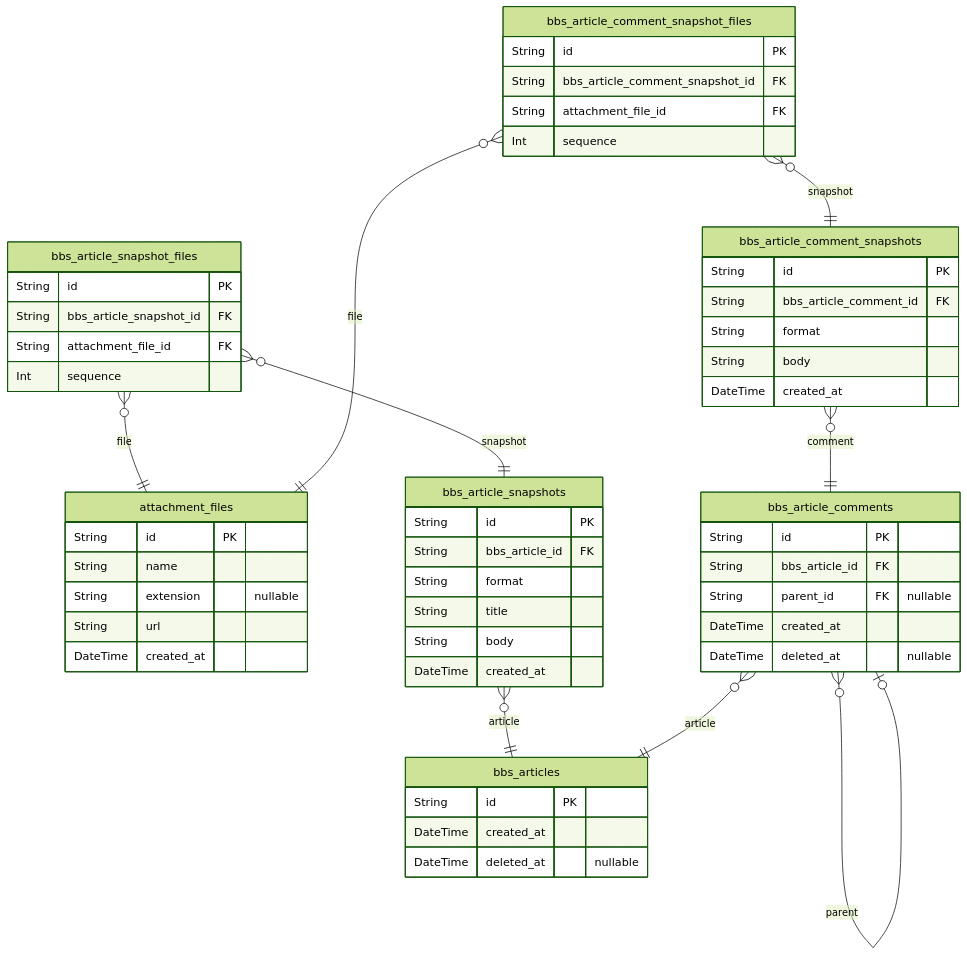
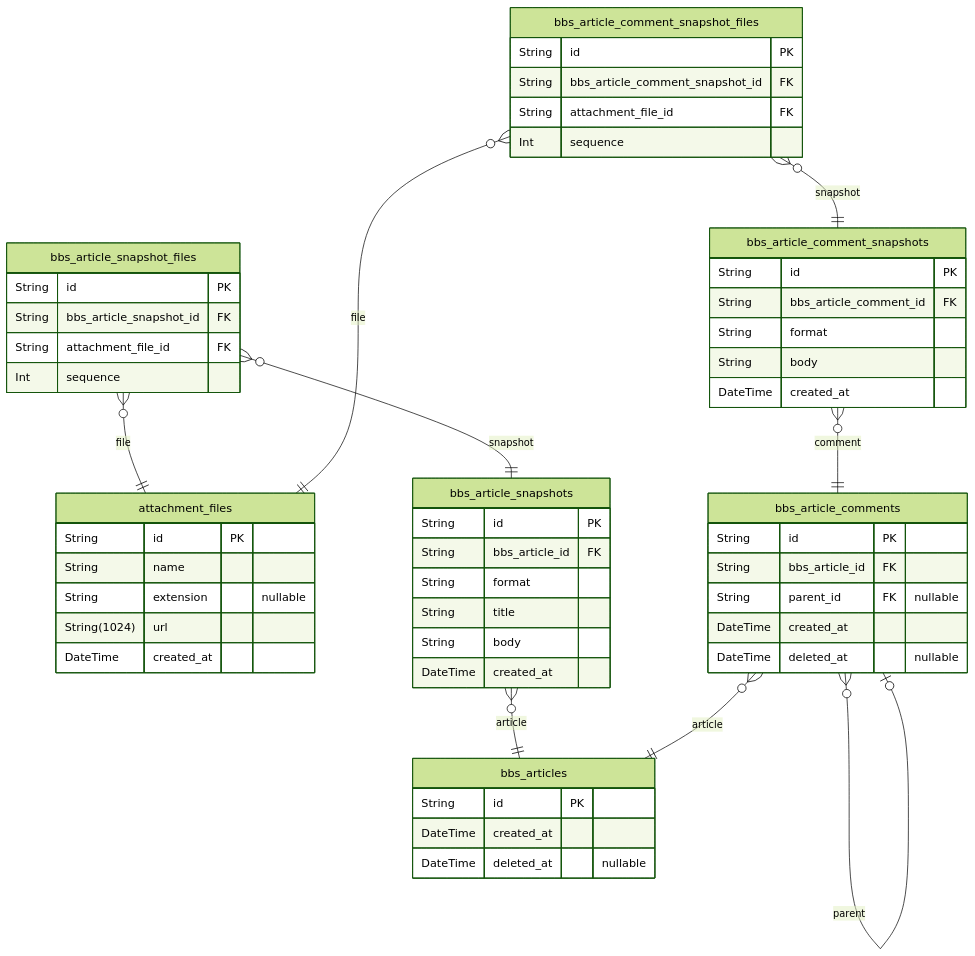
Before and after one commit to samchon/shopping: the first of 10 diagrams in packages/backend/docs/ERD.md, drawn with Mermaid (forest theme). The commit also changed other lines of this file and 523 other files, not shown here.

````diff
--- a/packages/backend/docs/ERD.md
+++ b/packages/backend/docs/ERD.md
@@ -18,57 +18,57 @@
 ```mermaid
 erDiagram
 "attachment_files" {
   String id PK
   String name
   String extension "nullable"
-  String url
+  String(1024) url
   DateTime created_at
 }
 "bbs_articles" {
   String id PK
   DateTime created_at
   DateTime deleted_at "nullable"
 }
 "bbs_article_snapshots" {
   String id PK
   String bbs_article_id FK
   String format
   String title
   String body
   DateTime created_at
 }
 "bbs_article_snapshot_files" {
   String id PK
   String bbs_article_snapshot_id FK
   String attachment_file_id FK
   Int sequence
 }
 "bbs_article_comments" {
   String id PK
   String bbs_article_id FK
   String parent_id FK "nullable"
   DateTime created_at
   DateTime deleted_at "nullable"
 }
 "bbs_article_comment_snapshots" {
   String id PK
   String bbs_article_comment_id FK
   String format
   String body
   DateTime created_at
 }
 "bbs_article_comment_snapshot_files" {
   String id PK
   String bbs_article_comment_snapshot_id FK
   String attachment_file_id FK
   Int sequence
 }
 "bbs_article_snapshots" }o--|| "bbs_articles" : article
 "bbs_article_snapshot_files" }o--|| "bbs_article_snapshots" : snapshot
 "bbs_article_snapshot_files" }o--|| "attachment_files" : file
 "bbs_article_comments" }o--|| "bbs_articles" : article
 "bbs_article_comments" }o--o| "bbs_article_comments" : parent
 "bbs_article_comment_snapshots" }o--|| "bbs_article_comments" : comment
 "bbs_article_comment_snapshot_files" }o--|| "bbs_article_comment_snapshots" : snapshot
 "bbs_article_comment_snapshot_files" }o--|| "attachment_files" : file
 ```
````
